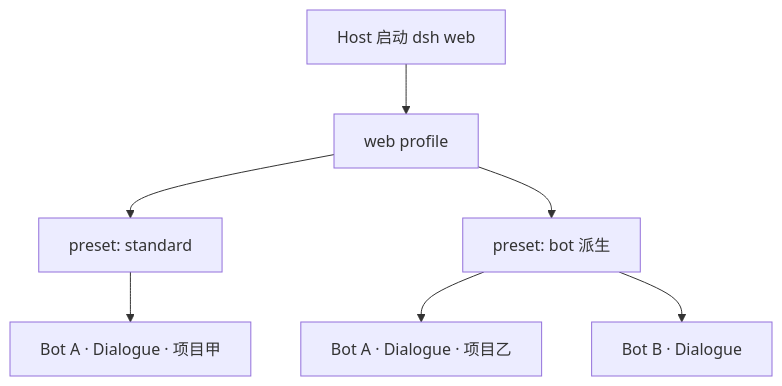
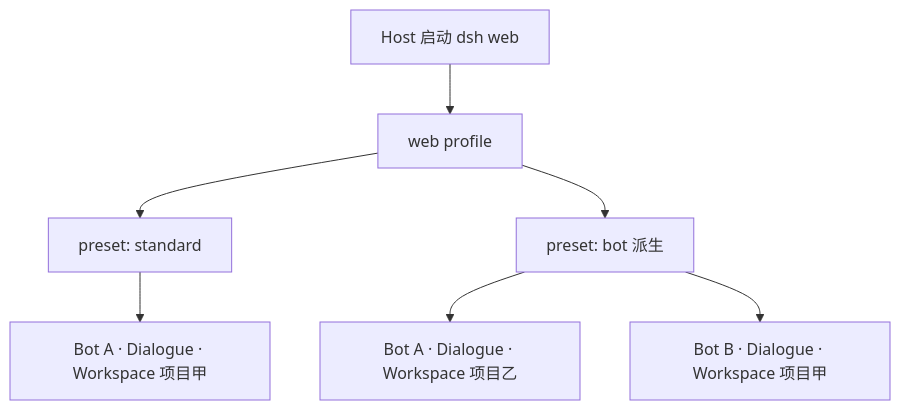
The second of 6 diagrams in docs/BOT_SESSION_MAP.md (aningdev/MyAid), drawn with Mermaid before and after one commit. The commit also changed other lines of this file and 71 other files, not shown here.

````diff
--- a/docs/BOT_SESSION_MAP.md
+++ b/docs/BOT_SESSION_MAP.md
@@ -56,11 +60,11 @@
 ```mermaid
 flowchart TB
   host["Host 启动 dsh web"]
   web["web profile"]
   host --> web
   web --> p1["preset: standard"]
   web --> p2["preset: bot 派生"]
-  p1 --> d1["Bot A · Dialogue · 项目甲"]
-  p2 --> d2["Bot A · Dialogue · 项目乙"]
-  p2 --> d3["Bot B · Dialogue"]
+  p1 --> d1["Bot A · Dialogue · Workspace 项目甲"]
+  p2 --> d2["Bot A · Dialogue · Workspace 项目乙"]
+  p2 --> d3["Bot B · Dialogue · Workspace 项目甲"]
 ```
````
